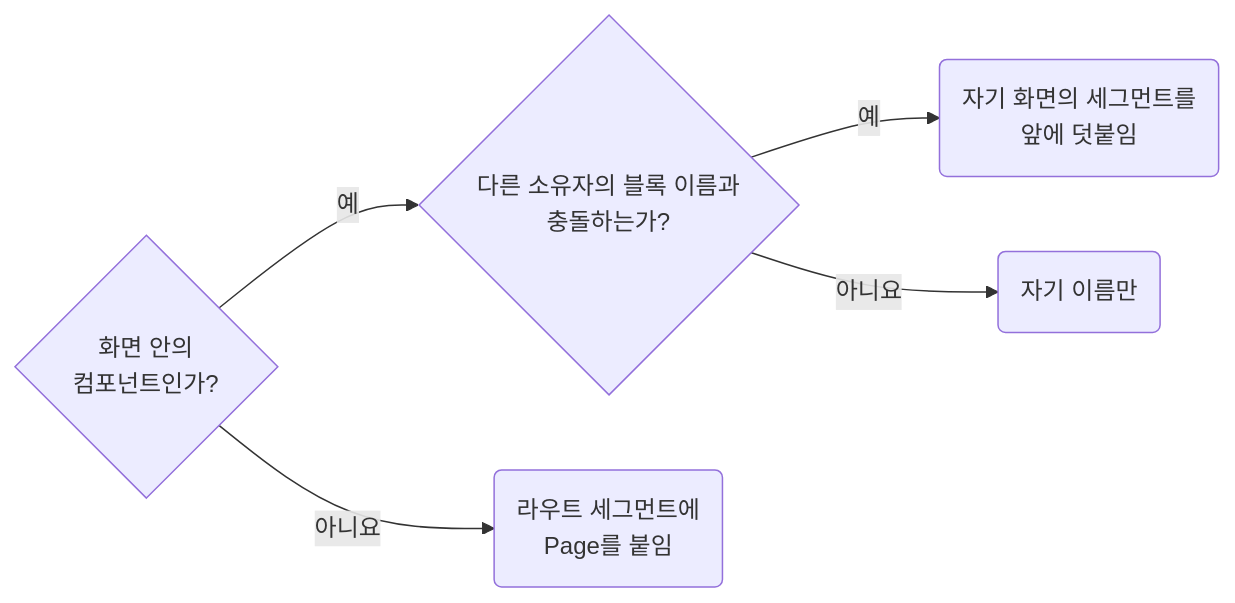
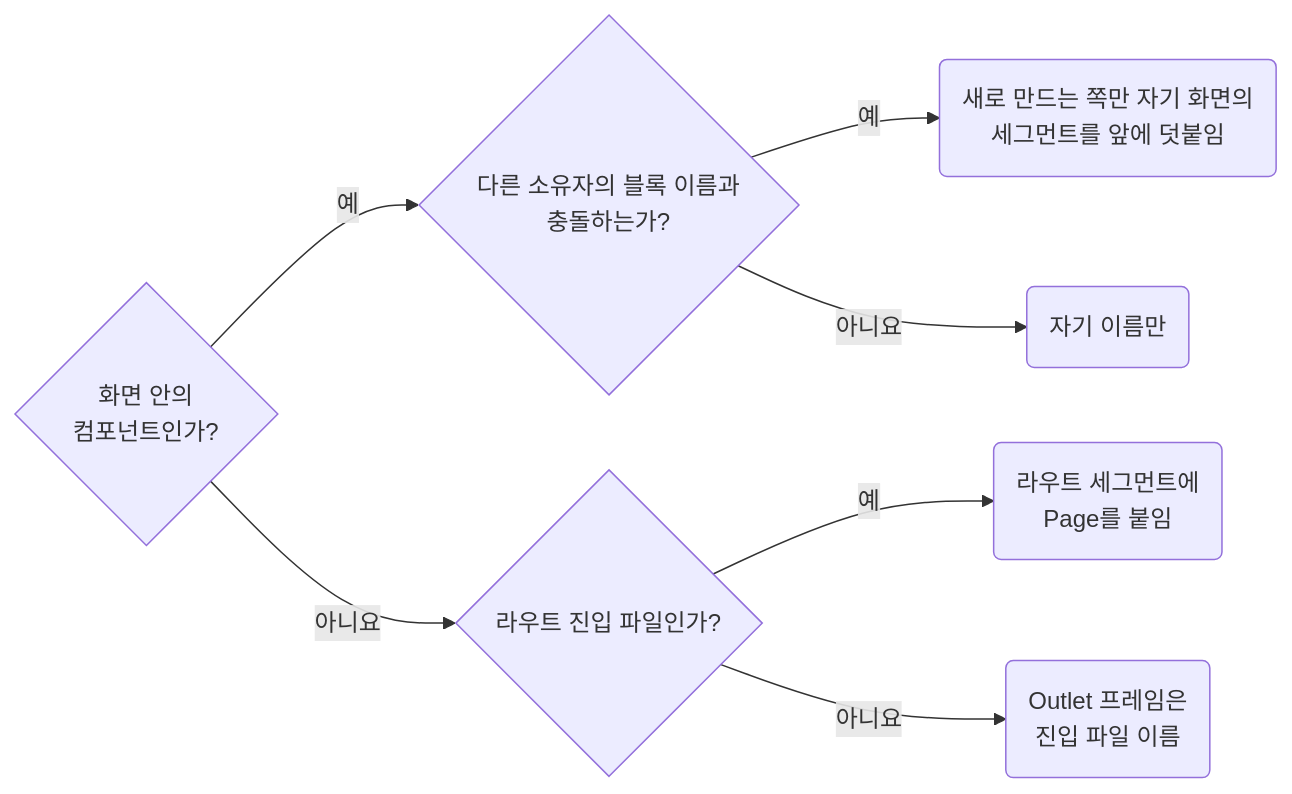
One commit to nomeehej/agent-conventions changed the diagram in skill/css/rules/01-04-naming-keep-page-block-names-traceable.md. Above: the diagram before and after it, drawn with Mermaid. The commit also changed other lines of this file and 67 other files, not shown here.

````diff
--- a/skill/css/rules/01-04-naming-keep-page-block-names-traceable.md
+++ b/skill/css/rules/01-04-naming-keep-page-block-names-traceable.md
@@ -20,6 +20,7 @@
 ```mermaid
 flowchart LR
-	q1{"화면 안의<br>컴포넌트인가?"} -- 예 --> q2{"다른 소유자의 블록 이름과<br>충돌하는가?"} -- 예 --> r2("자기 화면의 세그먼트를<br>앞에 덧붙임")
-	q1 -- 아니요 --> r1("라우트 세그먼트에<br>Page를 붙임")
+	q1{"화면 안의<br>컴포넌트인가?"} -- 예 --> q2{"다른 소유자의 블록 이름과<br>충돌하는가?"} -- 예 --> r2("새로 만드는 쪽만 자기 화면의<br>세그먼트를 앞에 덧붙임")
+	q1 -- 아니요 --> q3{"라우트 진입 파일인가?"} -- 예 --> r1("라우트 세그먼트에<br>Page를 붙임")
+	q3 -- 아니요 --> r4("Outlet 프레임은<br>진입 파일 이름")
 	q2 -- 아니요 --> r3("자기 이름만")
 ```
````
